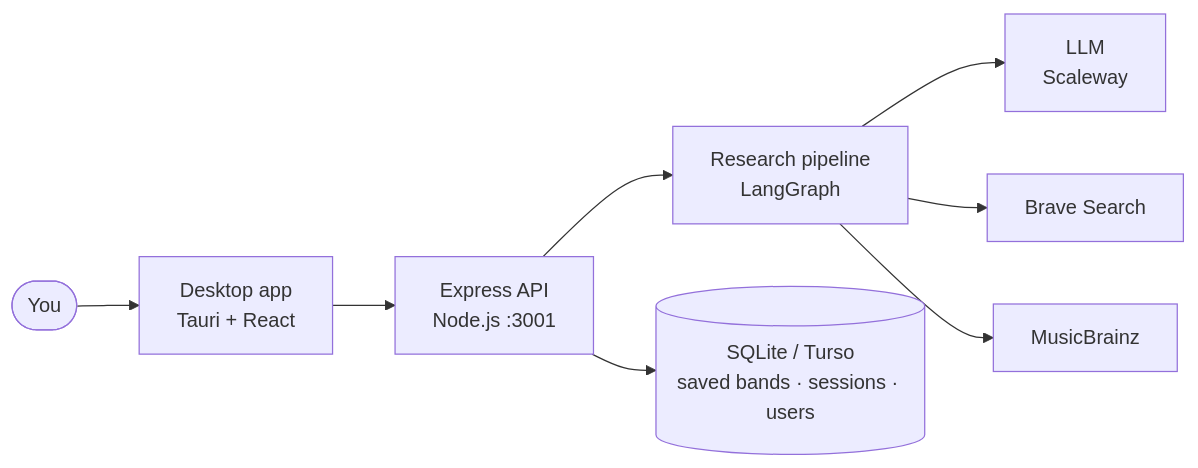
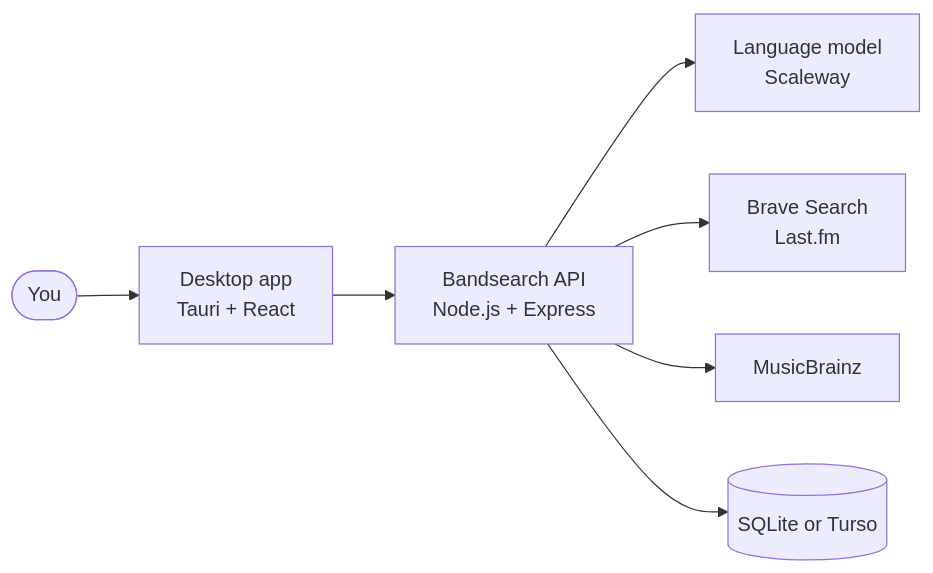
The first of 2 diagrams in README.md (eikrad/bandsearch-app), drawn with Mermaid before and after one commit. The commit also changed other lines of this file and 7 other files, not shown here.

````diff
--- a/README.md
+++ b/README.md
@@ -25,10 +24,9 @@
 ```mermaid
 flowchart LR
-    You([You]) --> App["Desktop app\nTauri + React"]
-    App --> API["Express API\nNode.js :3001"]
-    API --> Pipeline["Research pipeline\nLangGraph"]
-    Pipeline --> LLM["LLM\nScaleway"]
-    Pipeline --> Brave["Brave Search"]
-    Pipeline --> MB["MusicBrainz"]
-    API --> DB[("SQLite / Turso\nsaved bands · sessions · users")]
+    You(["You"]) --> App["Desktop app<br/>Tauri + React"]
+    App --> API["Bandsearch API<br/>Node.js + Express"]
+    API --> LLM["Language model<br/>Scaleway"]
+    API --> Web["Brave Search<br/>Last.fm"]
+    API --> MB["MusicBrainz"]
+    API --> DB[("SQLite or Turso")]
 ```
````
